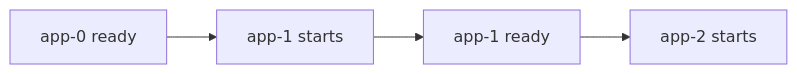
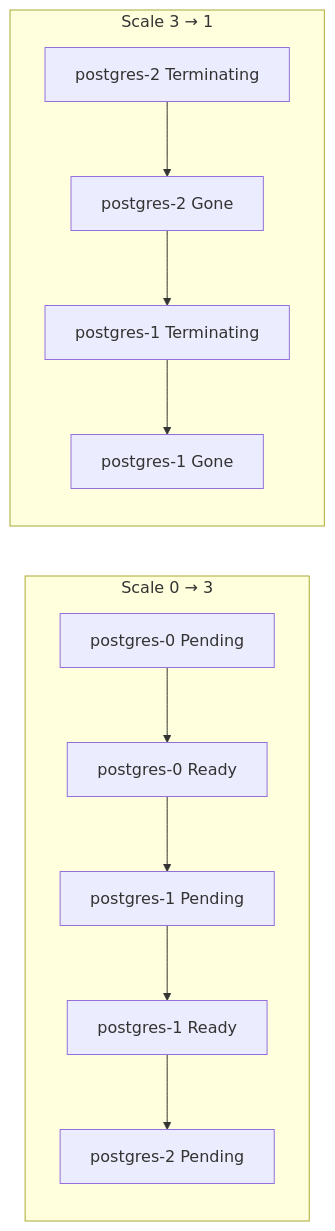
The fourth of 11 diagrams in lectures/lec15.md (inno-devops-labs/DevOps-Core-Course), drawn with Mermaid before and after one commit. The commit also changed other lines of this file and 24 other files, not shown here.

````diff
--- a/lectures/lec15.md
+++ b/lectures/lec15.md
@@ -308,6 +202,9 @@
 ```mermaid
 flowchart LR
-  A[app-0 ready] --> B[app-1 starts]
-  B --> C[app-1 ready]
-  C --> D[app-2 starts]
+  subgraph "Scale 0 → 3"
+    A0[postgres-0 Pending] --> A1[postgres-0 Ready] --> A2[postgres-1 Pending] --> A3[postgres-1 Ready] --> A4[postgres-2 Pending]
+  end
+  subgraph "Scale 3 → 1"
+    B0[postgres-2 Terminating] --> B1[postgres-2 Gone] --> B2[postgres-1 Terminating] --> B3[postgres-1 Gone]
+  end
 ```
````
